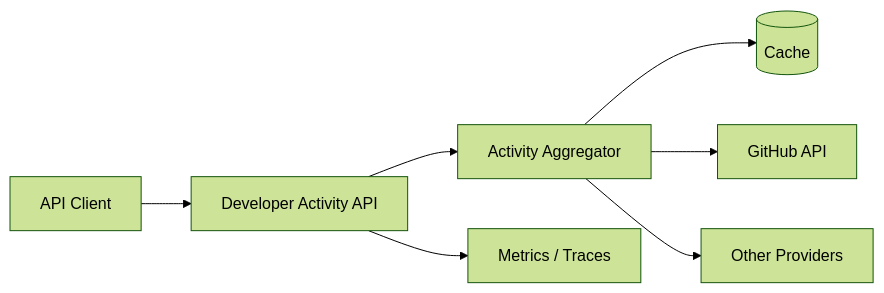
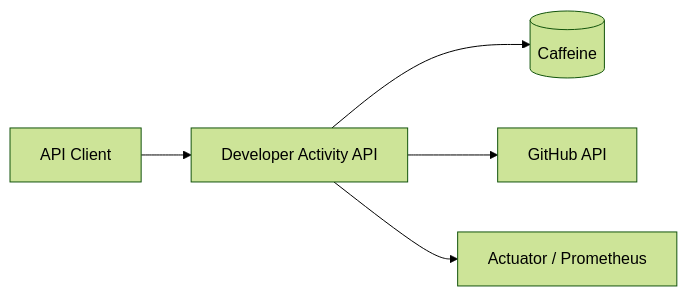
One commit to pgkim42/developer-activity changed the diagram in README.md. Above: the diagram before and after it, drawn with Mermaid (forest theme). The commit also changed other lines of this file, not shown here.

````diff
--- a/README.md
+++ b/README.md
@@ -54,9 +36,7 @@
 ```mermaid
 flowchart LR
     Client[API Client] --> API[Developer Activity API]
-    API --> Aggregator[Activity Aggregator]
-    Aggregator --> Cache[(Cache)]
-    Aggregator --> GitHub[GitHub API]
-    Aggregator --> Providers[Other Providers]
-    API --> Observability[Metrics / Traces]
+    API --> Cache[(Caffeine)]
+    API --> GitHub[GitHub API]
+    API --> Metrics[Actuator / Prometheus]
 ```
````
